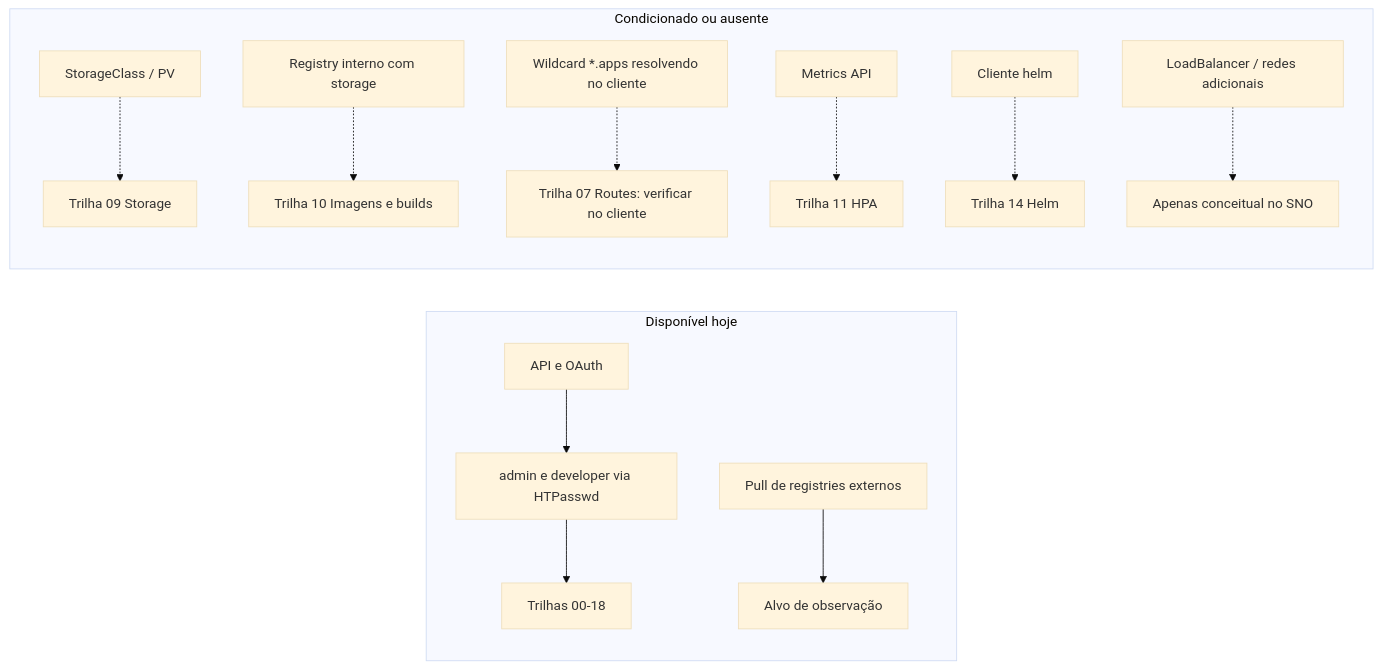
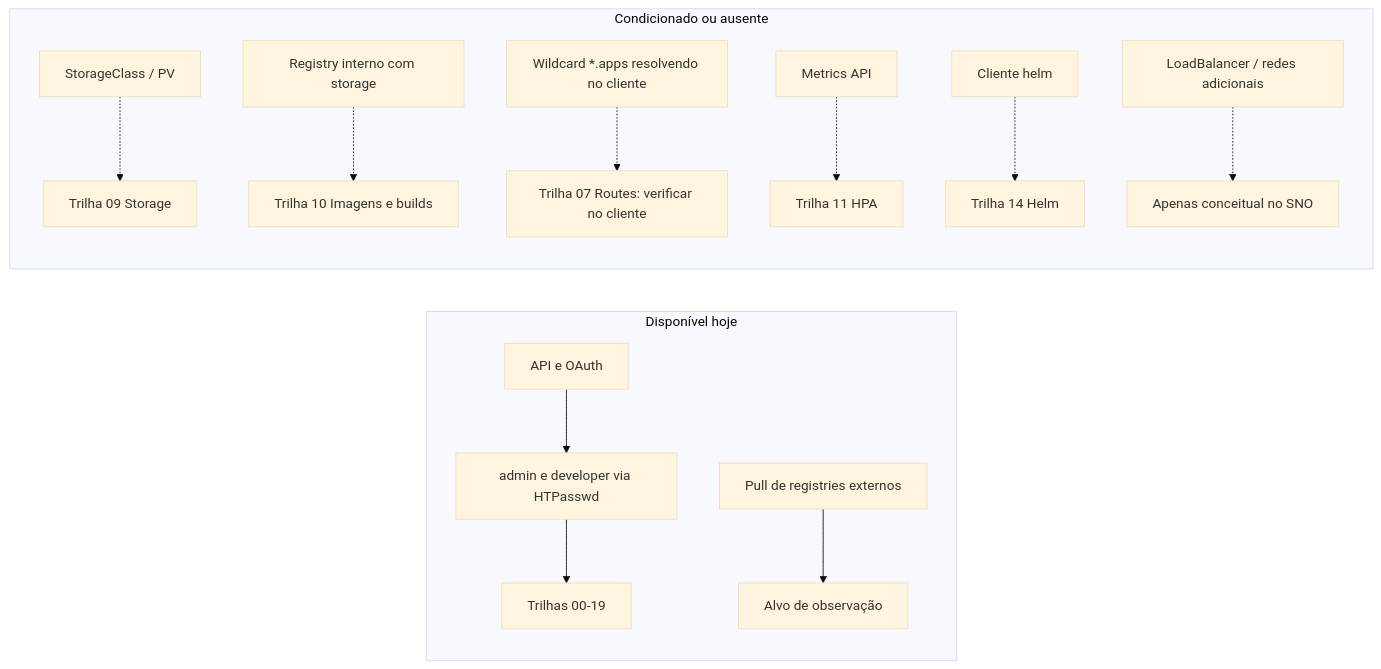
One commit to eduardoandradej/academia-comandos-openshift changed the diagram in catalogo/matriz-competencias.md. Above: the diagram before and after it, drawn with Mermaid (base theme). The commit also changed other lines of this file and 64 other files, not shown here.

````diff
--- a/catalogo/matriz-competencias.md
+++ b/catalogo/matriz-competencias.md
@@ -54,16 +55,16 @@
 ```mermaid
 flowchart LR
   subgraph disponivel[Disponível hoje]
     API[API e OAuth] --> ID[admin e developer via HTPasswd]
-    ID --> T00[Trilhas 00-18]
+    ID --> T00[Trilhas 00-19]
     IMG[Pull de registries externos] --> T02[Alvo de observação]
   end
   subgraph condicionado[Condicionado ou ausente]
     SC[StorageClass / PV] -.-> T09[Trilha 09 Storage]
     REG[Registry interno com storage] -.-> T10[Trilha 10 Imagens e builds]
     DNS[Wildcard *.apps resolvendo no cliente] -.-> T07[Trilha 07 Routes: verificar no cliente]
     MET[Metrics API] -.-> T11[Trilha 11 HPA]
     HELM[Cliente helm] -.-> T14[Trilha 14 Helm]
     LB[LoadBalancer / redes adicionais] -.-> X[Apenas conceitual no SNO]
   end
 ```
````
